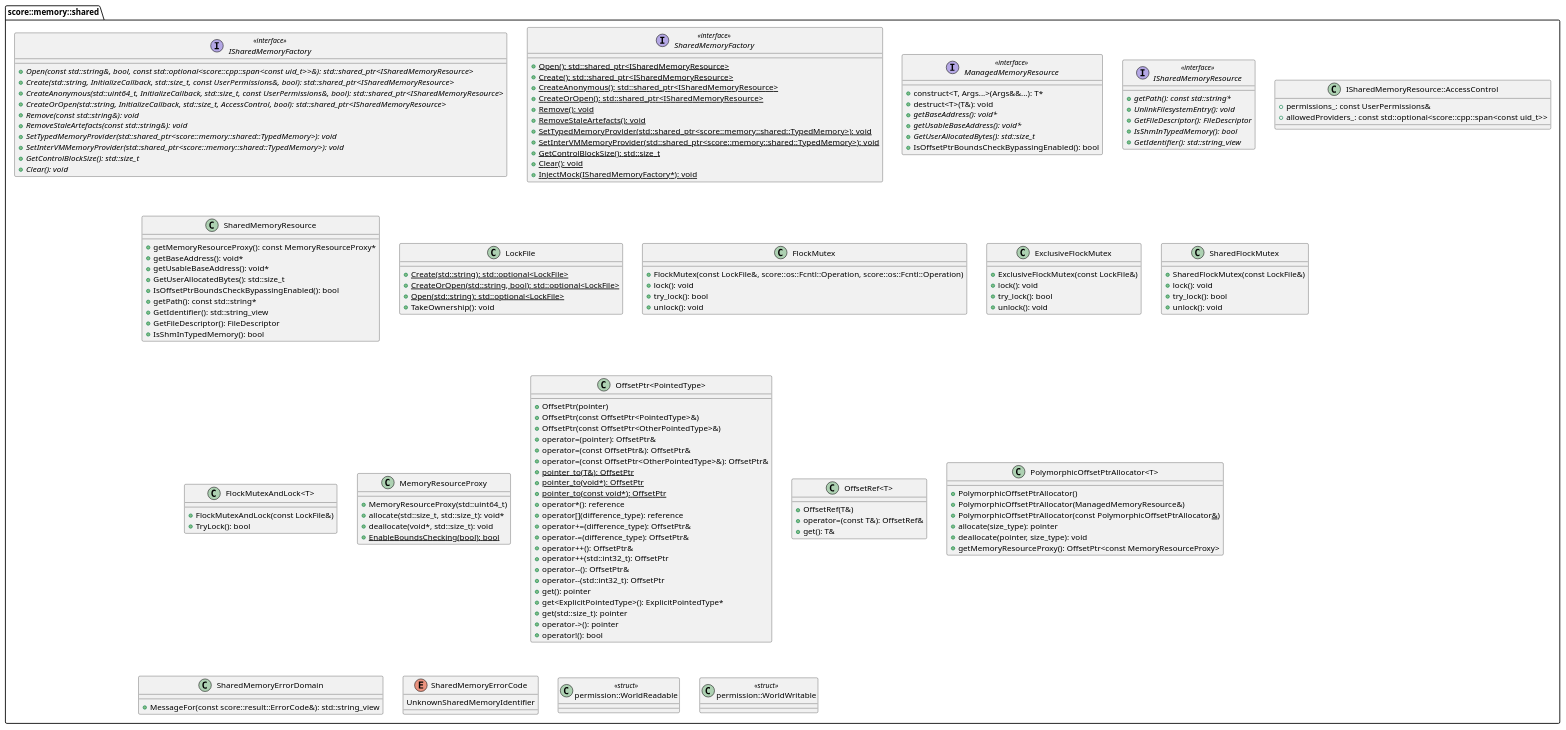
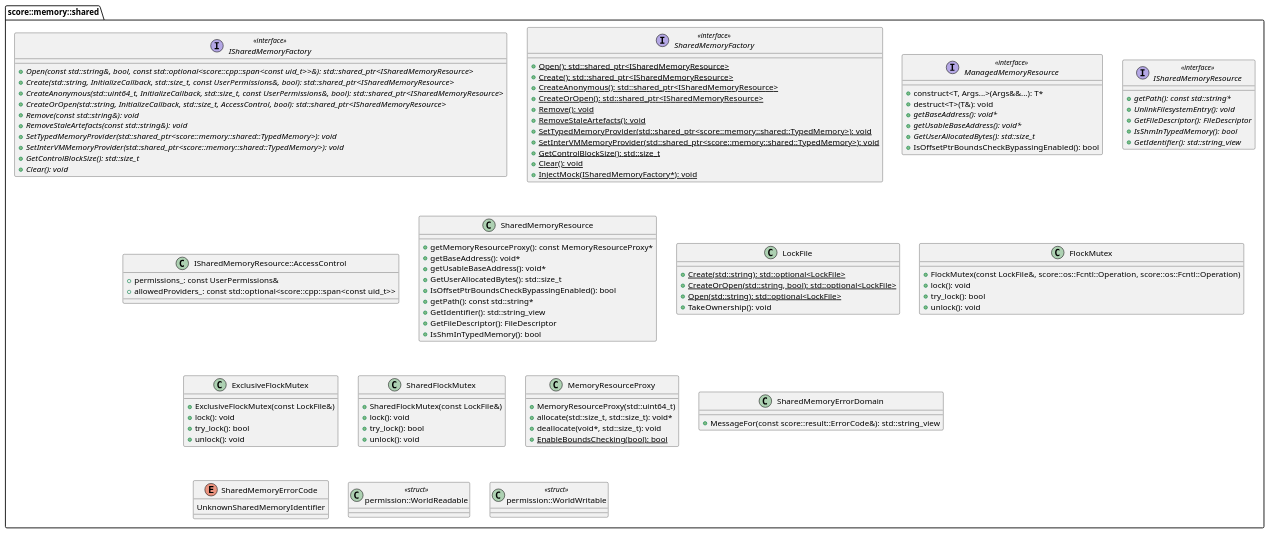
The diagram in score/memory/shared/dependability/public_api.puml (eclipse-score/communication), drawn with PlantUML before and after one commit.

Commit message:
fix(memory/shared): comment out templated classes breaking Sphinx :ref: syntax
The LOBSTER RST report generator doesn't escape '<'/'>' in item names, so
templated class names (FlockMutexAndLock<T>, OffsetPtr<PointedType>,
OffsetRef<T>, PolymorphicOffsetPtrAllocator<T>) corrupt Sphinx's :ref: role
syntax ('text <target>') in the generated traceability_report/index.rst,
failing the full //docs/sphinx:sphinx_doc build with undefined label errors.

Commented out (preserving content) until the report generator escapes
these characters.

```diff
--- a/score/memory/shared/dependability/public_api.puml
+++ b/score/memory/shared/dependability/public_api.puml
@@ -102,10 +102,12 @@
     +unlock(): void
   }
 
-  class "FlockMutexAndLock<T>" {
-    +FlockMutexAndLock(const LockFile&)
-    +TryLock(): bool
-  }
+  ' TODO: LOBSTER RST report does not escape '<'/'>' in item names, which breaks
+  ' Sphinx's :ref: role syntax for templated class names - re-enable once fixed
+  ' class "FlockMutexAndLock<T>" {
+  '   +FlockMutexAndLock(const LockFile&)
+  '   +TryLock(): bool
+  ' }
 
   class "MemoryResourceProxy" {
     +MemoryResourceProxy(std::uint64_t)
@@ -114,50 +116,56 @@
     +{static}EnableBoundsChecking(bool): bool
   }
 
-  class "OffsetPtr<PointedType>" {
-    +OffsetPtr(pointer)
-    +OffsetPtr(const OffsetPtr<PointedType>&)
-    +OffsetPtr(const OffsetPtr<OtherPointedType>&)
-    +operator=(pointer): OffsetPtr&
-    +operator=(const OffsetPtr&): OffsetPtr&
-    +operator=(const OffsetPtr<OtherPointedType>&): OffsetPtr&
-    +{static}pointer_to(T&): OffsetPtr
-    +{static}pointer_to(void*): OffsetPtr
-    +{static}pointer_to(const void*): OffsetPtr
-    +operator*(): reference
-    +operator[](difference_type): reference
-    +operator+=(difference_type): OffsetPtr&
-    +operator-=(difference_type): OffsetPtr&
-    +operator++(): OffsetPtr&
-    +operator++(std::int32_t): OffsetPtr
-    +operator--(): OffsetPtr&
-    +operator--(std::int32_t): OffsetPtr
-    +get(): pointer
-    +get<ExplicitPointedType>(): ExplicitPointedType*
-    +get(std::size_t): pointer
-    ' TODO: puml_cli cannot parse named conversion operators (operator pointer/operator bool) - re-enable once fixed
-    ' +operator pointer(): pointer
-    +operator->(): pointer
-    ' +operator bool(): bool
-    +operator!(): bool
-  }
+  ' TODO: LOBSTER RST report does not escape '<'/'>' in item names, which breaks
+  ' Sphinx's :ref: role syntax for templated class names - re-enable once fixed
+  ' class "OffsetPtr<PointedType>" {
+  '   +OffsetPtr(pointer)
+  '   +OffsetPtr(const OffsetPtr<PointedType>&)
+  '   +OffsetPtr(const OffsetPtr<OtherPointedType>&)
+  '   +operator=(pointer): OffsetPtr&
+  '   +operator=(const OffsetPtr&): OffsetPtr&
+  '   +operator=(const OffsetPtr<OtherPointedType>&): OffsetPtr&
+  '   +{static}pointer_to(T&): OffsetPtr
+  '   +{static}pointer_to(void*): OffsetPtr
+  '   +{static}pointer_to(const void*): OffsetPtr
+  '   +operator*(): reference
+  '   +operator[](difference_type): reference
+  '   +operator+=(difference_type): OffsetPtr&
+  '   +operator-=(difference_type): OffsetPtr&
+  '   +operator++(): OffsetPtr&
+  '   +operator++(std::int32_t): OffsetPtr
+  '   +operator--(): OffsetPtr&
+  '   +operator--(std::int32_t): OffsetPtr
+  '   +get(): pointer
+  '   +get<ExplicitPointedType>(): ExplicitPointedType*
+  '   +get(std::size_t): pointer
+  '   ' TODO: puml_cli cannot parse named conversion operators (operator pointer/operator bool) - re-enable once fixed
+  '   ' +operator pointer(): pointer
+  '   +operator->(): pointer
+  '   ' +operator bool(): bool
+  '   +operator!(): bool
+  ' }
 
-  class "OffsetRef<T>" {
-    +OffsetRef(T&)
-    +operator=(const T&): OffsetRef&
-    +get(): T&
-    ' TODO: puml_cli cannot parse named conversion operators (operator T&) - re-enable once fixed
-    ' +operator T&(): T&
-  }
+  ' TODO: LOBSTER RST report does not escape '<'/'>' in item names, which breaks
+  ' Sphinx's :ref: role syntax for templated class names - re-enable once fixed
+  ' class "OffsetRef<T>" {
+  '   +OffsetRef(T&)
+  '   +operator=(const T&): OffsetRef&
+  '   +get(): T&
+  '   ' TODO: puml_cli cannot parse named conversion operators (operator T&) - re-enable once fixed
+  '   ' +operator T&(): T&
+  ' }
 
-  class "PolymorphicOffsetPtrAllocator<T>" {
-    +PolymorphicOffsetPtrAllocator()
-    +PolymorphicOffsetPtrAllocator(ManagedMemoryResource&)
-    +PolymorphicOffsetPtrAllocator(const PolymorphicOffsetPtrAllocator<U>&)
-    +allocate(size_type): pointer
-    +deallocate(pointer, size_type): void
-    +getMemoryResourceProxy(): OffsetPtr<const MemoryResourceProxy>
-  }
+  ' TODO: LOBSTER RST report does not escape '<'/'>' in item names, which breaks
+  ' Sphinx's :ref: role syntax for templated class names - re-enable once fixed
+  ' class "PolymorphicOffsetPtrAllocator<T>" {
+  '   +PolymorphicOffsetPtrAllocator()
+  '   +PolymorphicOffsetPtrAllocator(ManagedMemoryResource&)
+  '   +PolymorphicOffsetPtrAllocator(const PolymorphicOffsetPtrAllocator<U>&)
+  '   +allocate(size_type): pointer
+  '   +deallocate(pointer, size_type): void
+  '   +getMemoryResourceProxy(): OffsetPtr<const MemoryResourceProxy>
+  ' }
 
   class "SharedMemoryErrorDomain" {
     +MessageFor(const score::result::ErrorCode&): std::string_view
```
